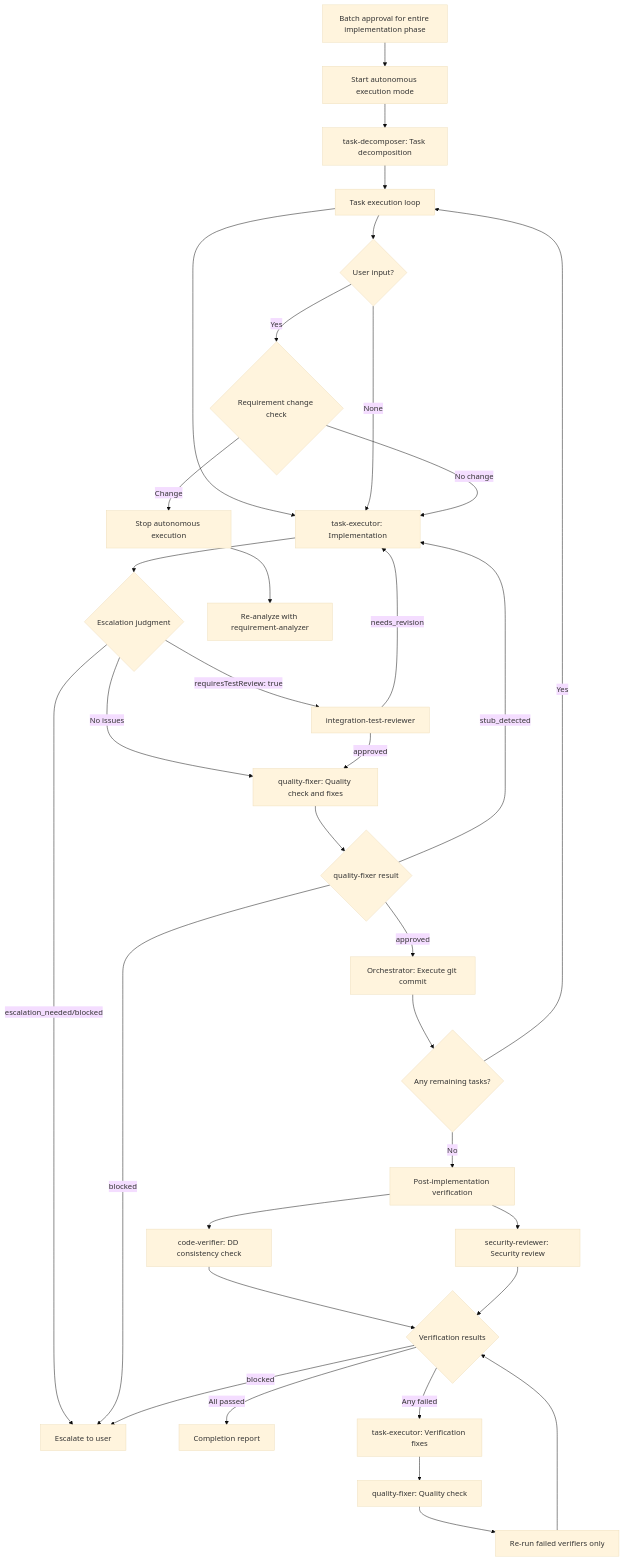
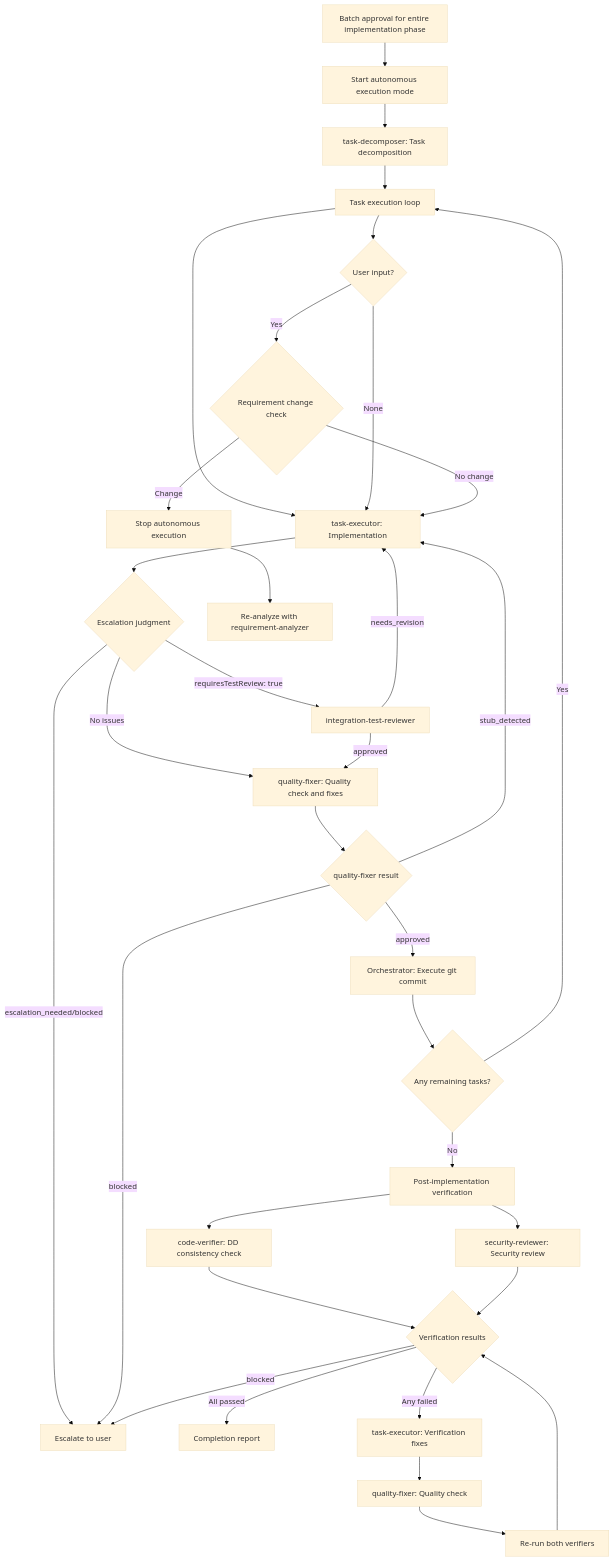
The diagram in mirrors/repos/shinpr@claude-code-workflows/dev-workflows/skills/subagents-orchestration-guide/SKILL.md (gabrielmoreira/agent-skills-mirror), drawn with Mermaid (base theme) before and after one commit. The commit also changed other lines of this file and 1469 other files, not shown here.

````diff
--- a/mirrors/repos/shinpr@claude-code-workflows/dev-workflows/skills/subagents-orchestration-guide/SKILL.md
+++ b/mirrors/repos/shinpr@claude-code-workflows/dev-workflows/skills/subagents-orchestration-guide/SKILL.md
@@ -267,37 +267,37 @@
 ```mermaid
 graph TD
     START[Batch approval for entire implementation phase] --> AUTO[Start autonomous execution mode]
     AUTO --> TD[task-decomposer: Task decomposition]
     TD --> LOOP[Task execution loop]
     LOOP --> TE[task-executor: Implementation]
     TE --> ESCJUDGE{Escalation judgment}
     ESCJUDGE -->|escalation_needed/blocked| USERESC[Escalate to user]
     ESCJUDGE -->|requiresTestReview: true| ITR[integration-test-reviewer]
     ESCJUDGE -->|No issues| QF
     ITR -->|needs_revision| TE
     ITR -->|approved| QF
     QF[quality-fixer: Quality check and fixes] --> QFJUDGE{quality-fixer result}
     QFJUDGE -->|stub_detected| TE
     QFJUDGE -->|approved| COMMIT[Orchestrator: Execute git commit]
     QFJUDGE -->|blocked| USERESC
     COMMIT --> CHECK{Any remaining tasks?}
     CHECK -->|Yes| LOOP
     CHECK -->|No| VERIFY[Post-implementation verification]
     VERIFY --> CV[code-verifier: DD consistency check]
     VERIFY --> SEC[security-reviewer: Security review]
     CV --> VRESULT{Verification results}
     SEC --> VRESULT
     VRESULT -->|All passed| REPORT[Completion report]
     VRESULT -->|Any failed| VFIX[task-executor: Verification fixes]
     VFIX --> QF2[quality-fixer: Quality check]
-    QF2 --> REVERIFY[Re-run failed verifiers only]
+    QF2 --> REVERIFY[Re-run both verifiers]
     REVERIFY --> VRESULT
     VRESULT -->|blocked| USERESC
 
     LOOP --> INTERRUPT{User input?}
     INTERRUPT -->|None| TE
     INTERRUPT -->|Yes| REQCHECK{Requirement change check}
     REQCHECK -->|No change| TE
     REQCHECK -->|Change| STOP[Stop autonomous execution]
     STOP --> RA[Re-analyze with requirement-analyzer]
 ```
````
